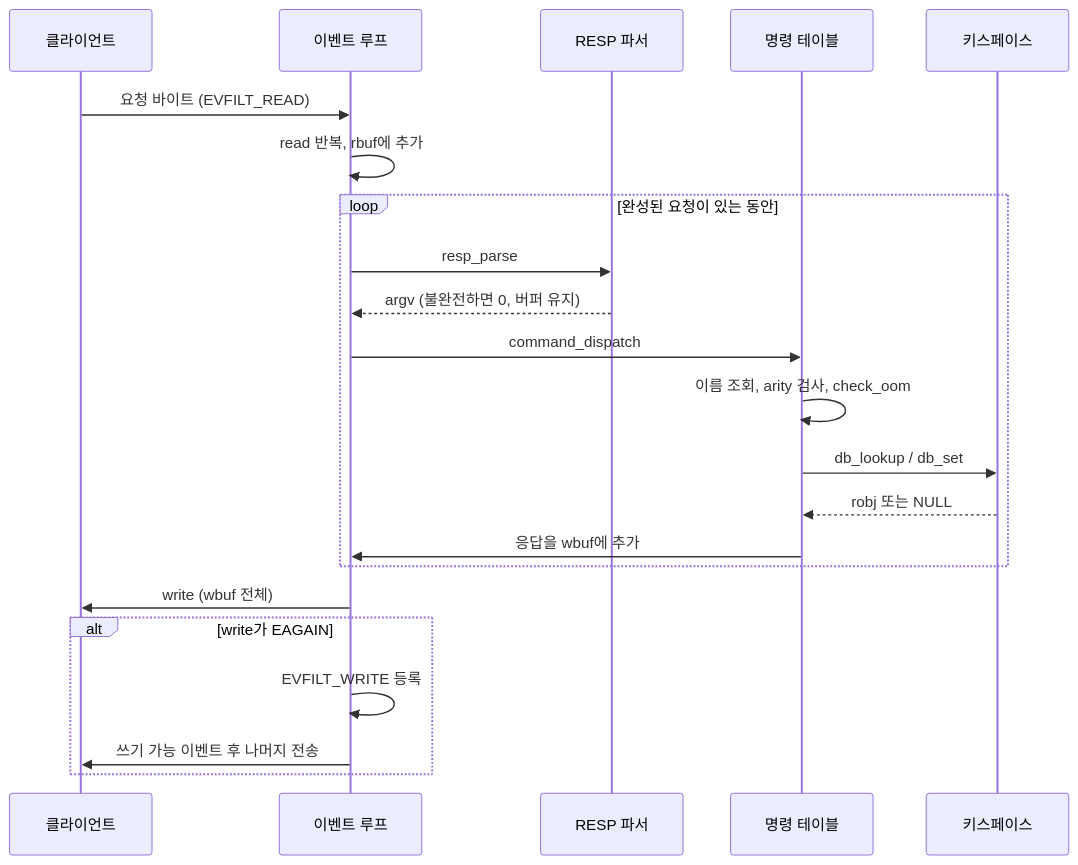
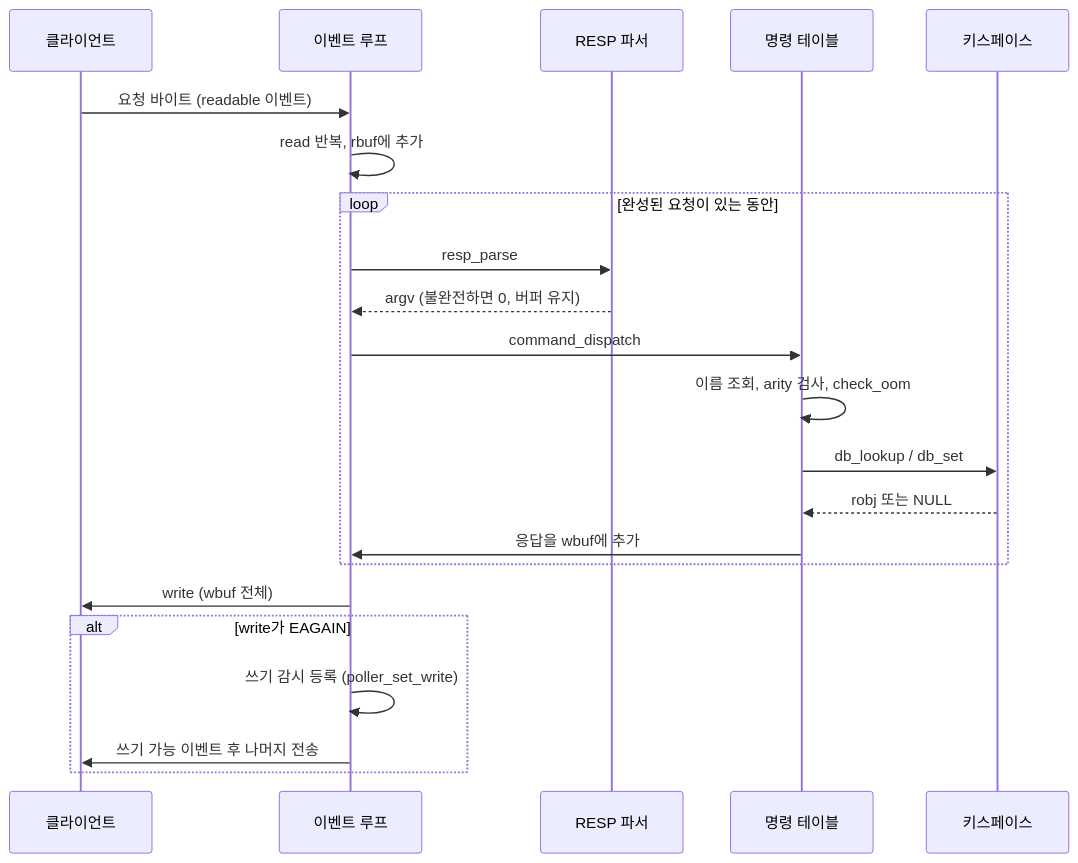
Before and after one commit to nini4746/mini-redis: the fifth of 12 diagrams in docs/SDS.md, drawn with Mermaid. The commit also changed other lines of this file and 2 other files, not shown here.

````diff
--- a/docs/SDS.md
+++ b/docs/SDS.md
@@ -324,24 +372,24 @@
 ```mermaid
 sequenceDiagram
     participant C as 클라이언트
     participant L as 이벤트 루프
     participant P as RESP 파서
     participant X as 명령 테이블
     participant D as 키스페이스
-    C->>L: 요청 바이트 (EVFILT_READ)
+    C->>L: 요청 바이트 (readable 이벤트)
     L->>L: read 반복, rbuf에 추가
     loop 완성된 요청이 있는 동안
         L->>P: resp_parse
         P-->>L: argv (불완전하면 0, 버퍼 유지)
         L->>X: command_dispatch
         X->>X: 이름 조회, arity 검사, check_oom
         X->>D: db_lookup / db_set
         D-->>X: robj 또는 NULL
         X->>L: 응답을 wbuf에 추가
     end
     L->>C: write (wbuf 전체)
     alt write가 EAGAIN
-        L->>L: EVFILT_WRITE 등록
+        L->>L: 쓰기 감시 등록 (poller_set_write)
         L->>C: 쓰기 가능 이벤트 후 나머지 전송
     end
 ```
````
